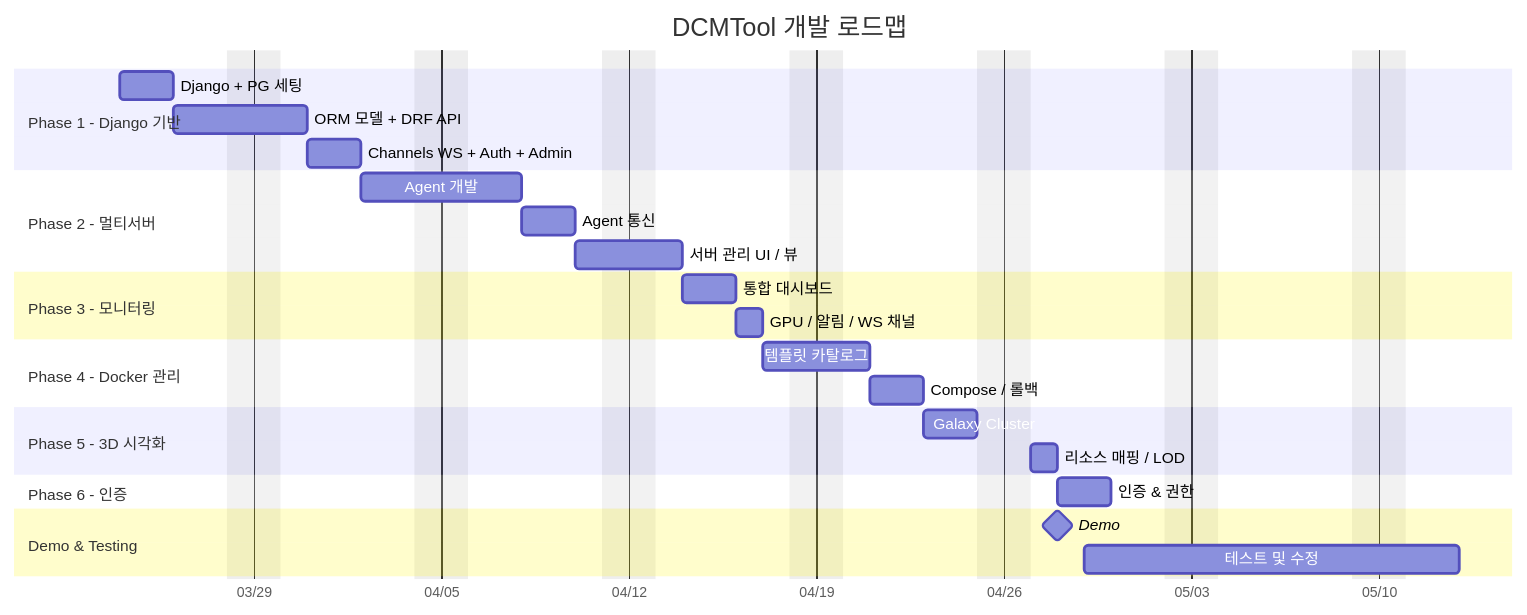
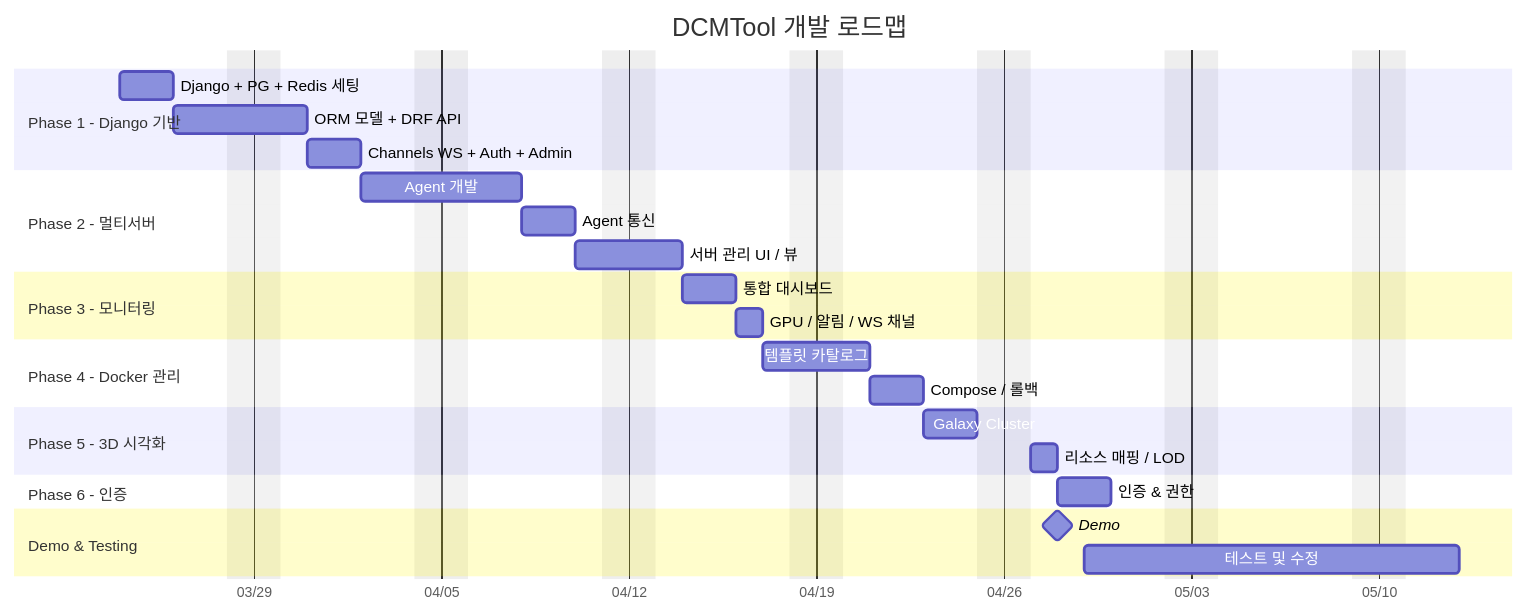
One commit to qkr7287/HyperCube changed diagram 11 of 11 in docs/to-be-architecture.md. Above: the diagram before and after it, drawn with Mermaid. The commit also changed other lines of this file, not shown here.

First line of the commit message:
docs: add Redis + Celery Worker to architecture

````diff
--- a/docs/to-be-architecture.md
+++ b/docs/to-be-architecture.md
@@ -648,36 +697,36 @@
 ```mermaid
 gantt
     title DCMTool 개발 로드맵
     dateFormat YYYY-MM-DD
     axisFormat %m/%d
     excludes weekends
 
     section Phase 1 - Django 기반
-    Django + PG 세팅            :p1a, 2026-03-24, 2d
+    Django + PG + Redis 세팅    :p1a, 2026-03-24, 2d
     ORM 모델 + DRF API          :p1b, after p1a, 3d
     Channels WS + Auth + Admin  :p1c, after p1b, 2d
 
     section Phase 2 - 멀티서버
     Agent 개발           :p2a, after p1c, 4d
     Agent 통신           :p2b, after p2a, 2d
     서버 관리 UI / 뷰     :p2c, after p2b, 2d
 
     section Phase 3 - 모니터링
     통합 대시보드          :p3a, after p2c, 2d
     GPU / 알림 / WS 채널  :p3b, after p3a, 1d
 
     section Phase 4 - Docker 관리
     템플릿 카탈로그        :p4a, after p3b, 2d
     Compose / 롤백        :p4b, after p4a, 2d
 
     section Phase 5 - 3D 시각화
     Galaxy Cluster        :p5a, after p4b, 2d
     리소스 매핑 / LOD     :p5b, after p5a, 1d
 
     section Phase 6 - 인증
     인증 & 권한           :p6a, after p5b, 2d
 
     section Demo & Testing
     Demo                 :milestone, demo, 2026-04-28, 0d
     테스트 및 수정         :test, 2026-04-29, 10d
 ```
````
